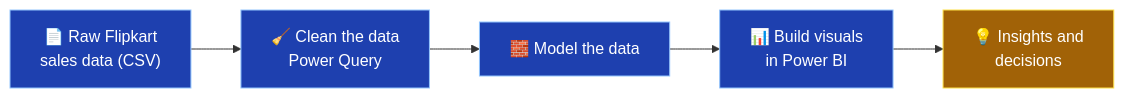
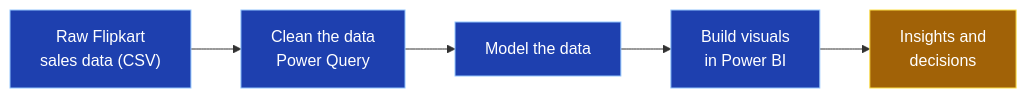
Before and after one commit to khaled-amireh/Flipkart-Sales-Dashboard: the first of 2 diagrams in README.md, drawn with Mermaid. The commit also changed other lines of this file, not shown here.

````diff
--- a/README.md
+++ b/README.md
@@ -87,12 +87,12 @@
 ```mermaid
 flowchart LR
-    A["📄 Raw Flipkart<br/>sales data (CSV)"] --> B["🧹 Clean the data<br/>Power Query"]
-    B --> C["🧱 Model the data"]
-    C --> D["📊 Build visuals<br/>in Power BI"]
-    D --> E["💡 Insights and<br/>decisions"]
+    A[" Raw Flipkart<br/>sales data (CSV)"] --> B[" Clean the data<br/>Power Query"]
+    B --> C[" Model the data"]
+    C --> D[" Build visuals<br/>in Power BI"]
+    D --> E[" Insights and<br/>decisions"]
 
     classDef blue fill:#1e40af,stroke:#93c5fd,color:#fff;
     classDef gold fill:#a16207,stroke:#fde047,color:#fff;
     class A,B,C,D blue;
     class E gold;
 ```
````
